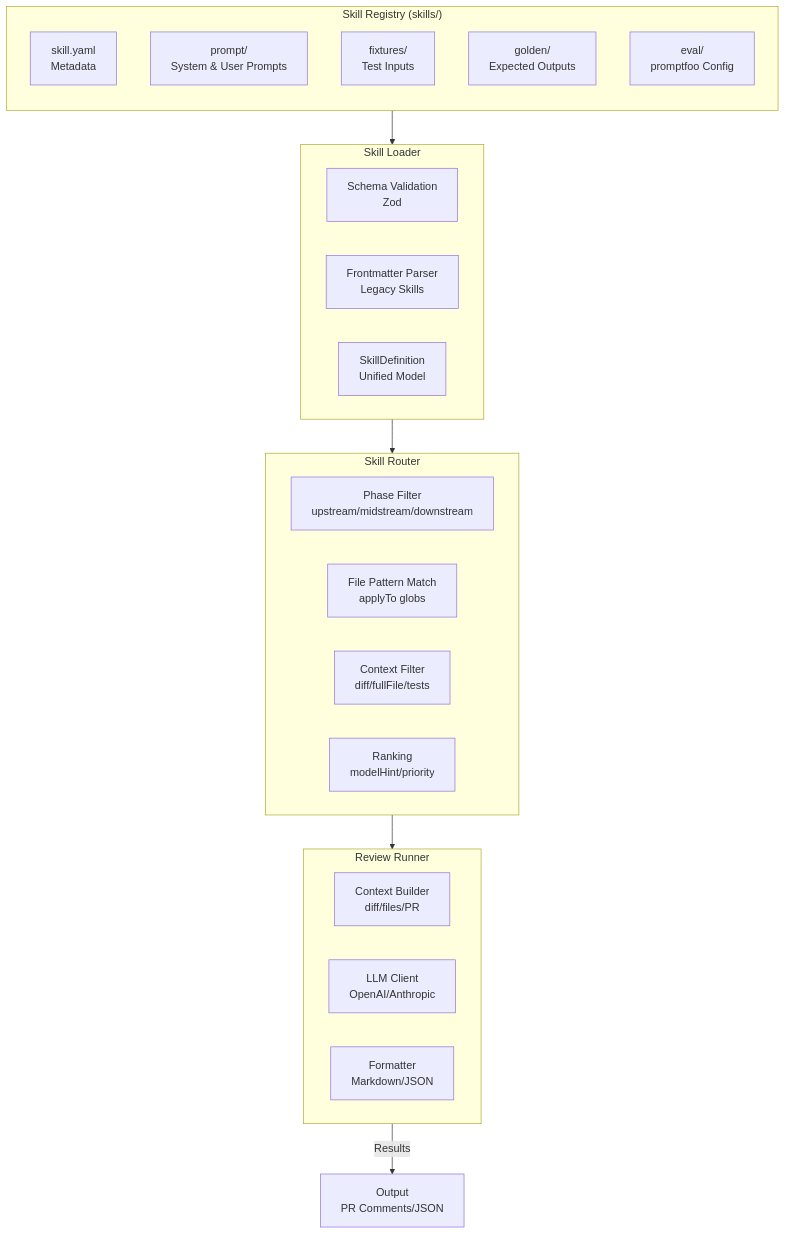
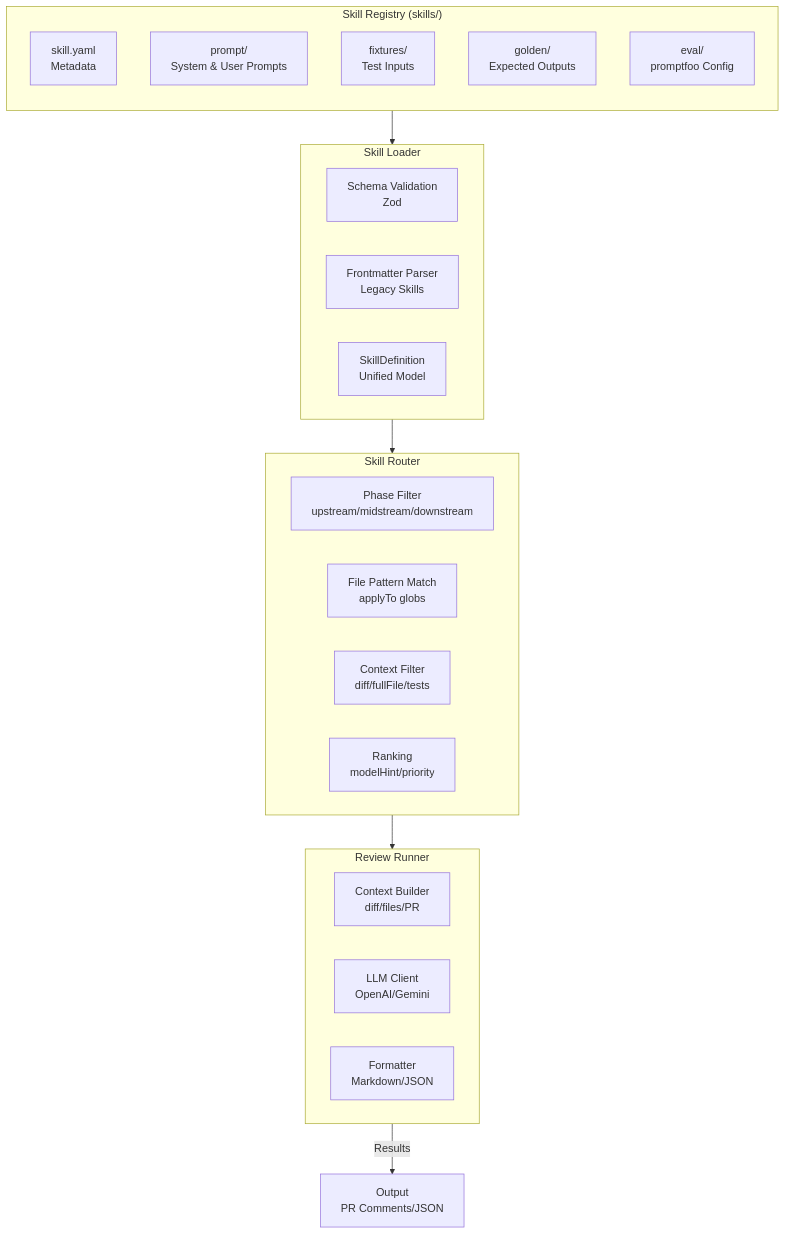
One commit to s977043/river-reviewer changed the diagram in docs/architecture.md. Above: the diagram before and after it, drawn with Mermaid. The commit also changed 1 other file, not shown here.

Commit message:
fix(docs): correct LLM provider references to match factory implementation
Align documentation with the actual providers implemented in
`src/ai/factory.mjs` (GeminiClient and OpenAIClient). Anthropic and
Azure OpenAI are not implemented in the core factory and configuring
them leads to runtime errors.

- `docs/architecture.md`: Review Runner diagram's LLM Client box
  label changed from "OpenAI/Anthropic" to "OpenAI/Gemini".
- `docs/use-cases/github-actions.md`: replace the "Anthropic" and
  "Azure OpenAI" provider setup sections with a Google Gemini section
  (`GOOGLE_API_KEY` + `config.skills[].model`) and add a Note clarifying
  which providers are currently supported.

````diff
--- a/docs/architecture.md
+++ b/docs/architecture.md
@@ -37,35 +37,35 @@
 ```mermaid
 flowchart TB
     subgraph Registry["Skill Registry (skills/)"]
         direction TB
         S1[skill.yaml<br/>Metadata]
         S2[prompt/<br/>System & User Prompts]
         S3[fixtures/<br/>Test Inputs]
         S4[golden/<br/>Expected Outputs]
         S5[eval/<br/>promptfoo Config]
     end
 
     subgraph Loader["Skill Loader"]
         L1[Schema Validation<br/>Zod]
         L2[Frontmatter Parser<br/>Legacy Skills]
         L3[SkillDefinition<br/>Unified Model]
     end
 
     subgraph Router["Skill Router"]
         R1[Phase Filter<br/>upstream/midstream/downstream]
         R2[File Pattern Match<br/>applyTo globs]
         R3[Context Filter<br/>diff/fullFile/tests]
         R4[Ranking<br/>modelHint/priority]
     end
 
     subgraph Runner["Review Runner"]
         RN1[Context Builder<br/>diff/files/PR]
-        RN2[LLM Client<br/>OpenAI/Anthropic]
+        RN2[LLM Client<br/>OpenAI/Gemini]
         RN3[Formatter<br/>Markdown/JSON]
     end
 
     Registry --> Loader
     Loader --> Router
     Router --> Runner
     Runner -->|Results| OUT[Output<br/>PR Comments/JSON]
 ```
````
